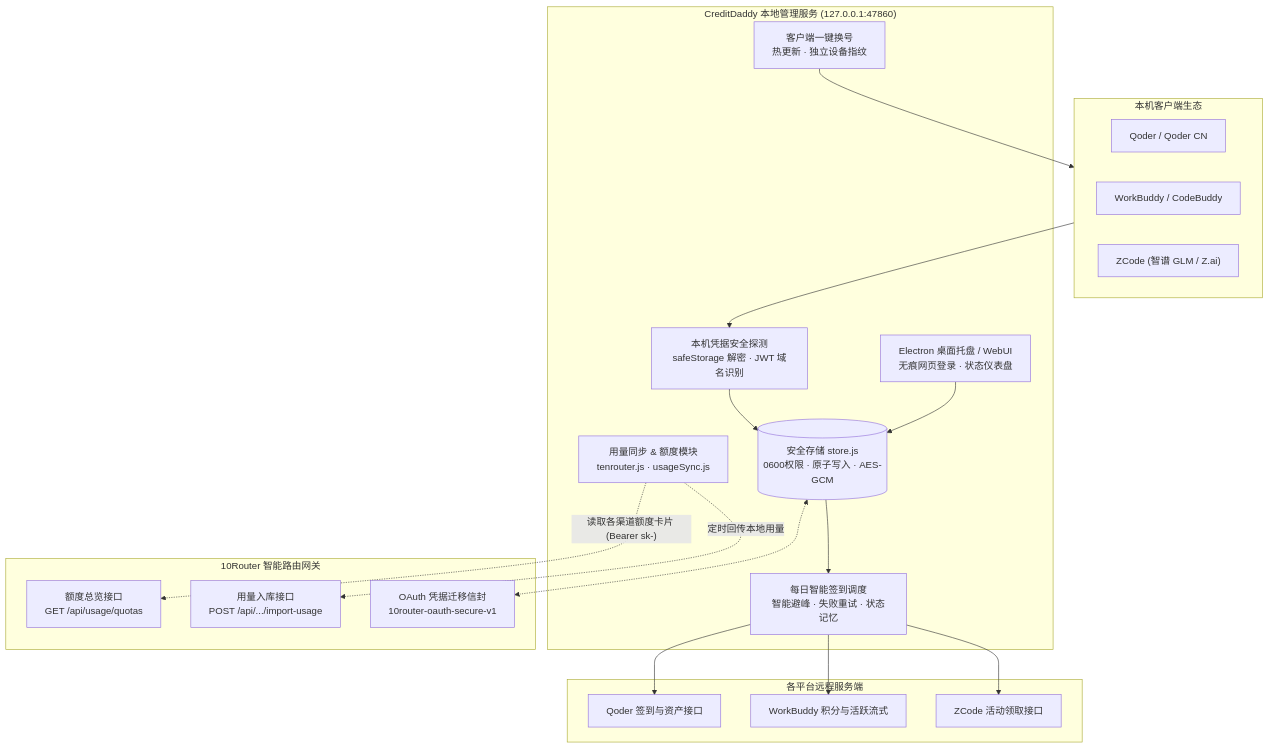
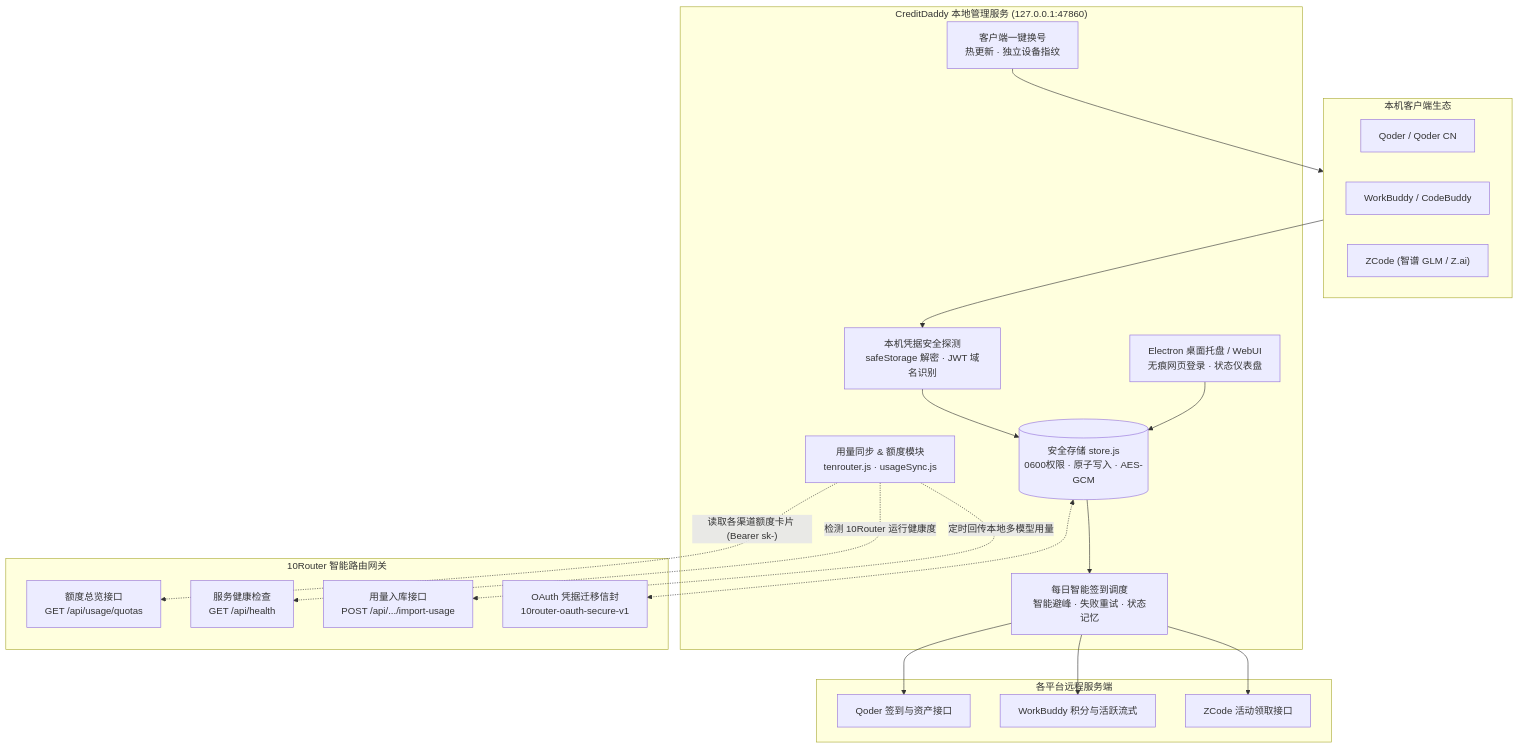
One commit to techysy/CreditDaddy changed the diagram in README.md. Above: the diagram before and after it, drawn with Mermaid.

Commit message:
docs: 架构图补全 10Router 健康检测接口与多模型用量回传

````diff
--- a/README.md
+++ b/README.md
@@ -48,43 +48,45 @@
 ```mermaid
 flowchart TD
     subgraph Clients["本机客户端生态"]
         Q["Qoder / Qoder CN"]
         W["WorkBuddy / CodeBuddy"]
         Z["ZCode (智谱 GLM / Z.ai)"]
     end
 
     subgraph CD["CreditDaddy 本地管理服务 (127.0.0.1:47860)"]
         DETECT["本机凭据安全探测<br/>safeStorage 解密 · JWT 域名识别"]
         SCHED["每日智能签到调度<br/>智能避峰 · 失败重试 · 状态记忆"]
         SWITCH["客户端一键换号<br/>热更新 · 独立设备指纹"]
         STORE[("安全存储 store.js<br/>0600权限 · 原子写入 · AES-GCM")]
         SYNC["用量同步 & 额度模块<br/>tenrouter.js · usageSync.js"]
         WEB["Electron 桌面托盘 / WebUI<br/>无痕网页登录 · 状态仪表盘"]
     end
 
     subgraph TR["10Router 智能路由网关"]
         QUOTA["额度总览接口<br/>GET /api/usage/quotas"]
+        HEALTH["服务健康检查<br/>GET /api/health"]
         IMPORT["用量入库接口<br/>POST /api/.../import-usage"]
         OAUTH["OAuth 凭据迁移信封<br/>10router-oauth-secure-v1"]
     end
 
     subgraph Cloud["各平台远程服务端"]
         QP["Qoder 签到与资产接口"]
         WP["WorkBuddy 积分与活跃流式"]
         ZP["ZCode 活动领取接口"]
     end
 
     Clients --> DETECT
     DETECT --> STORE
     STORE --> SCHED
     SCHED --> QP
     SCHED --> WP
     SCHED --> ZP
     SWITCH --> Clients
 
     SYNC -. "读取各渠道额度卡片 (Bearer sk-)" .-> QUOTA
-    SYNC -. "定时回传本地用量" .-> IMPORT
+    SYNC -. "检测 10Router 运行健康度" .-> HEALTH
+    SYNC -. "定时回传本地多模型用量" .-> IMPORT
     STORE <-.-> OAUTH
 
     WEB --> STORE
 ```
````
